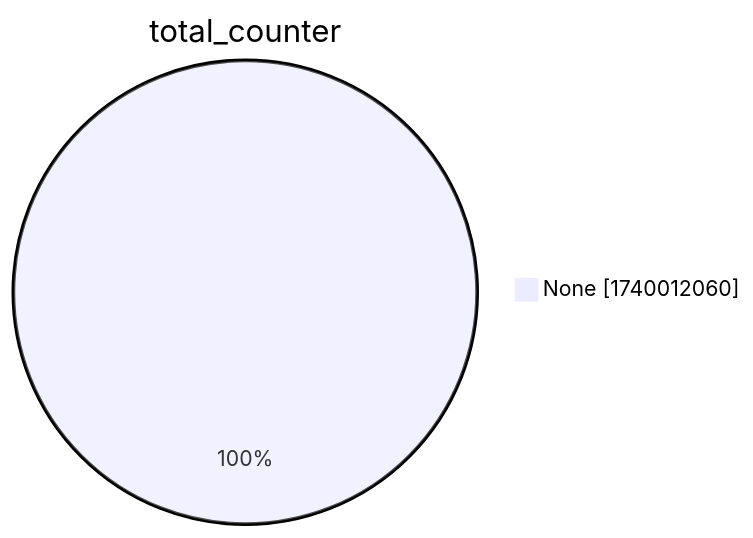
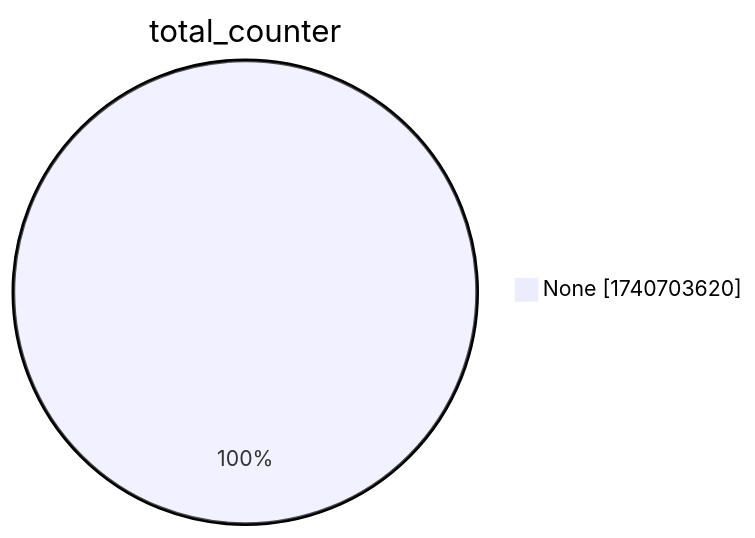
One commit to christiankrug/ctmonitor_visualization changed the second of 15 diagrams in xenon2022/README.md. Above: the diagram before and after it, drawn with Mermaid. The commit also changed other lines of this file, not shown here.

````diff
--- a/xenon2022/README.md
+++ b/xenon2022/README.md
@@ -9,5 +9,5 @@
 ```mermaid
 pie showData
 title total_counter
-"None" :1740012060
+"None" :1740703620
 ```
````
